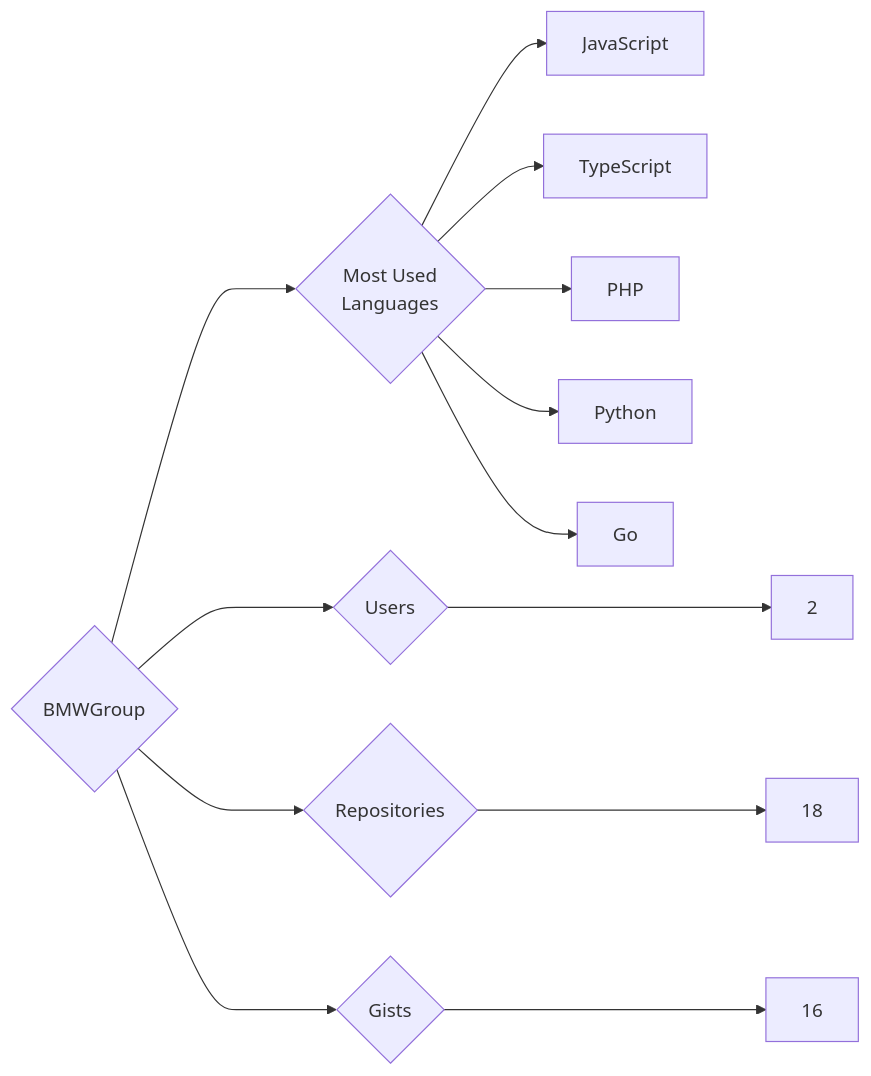
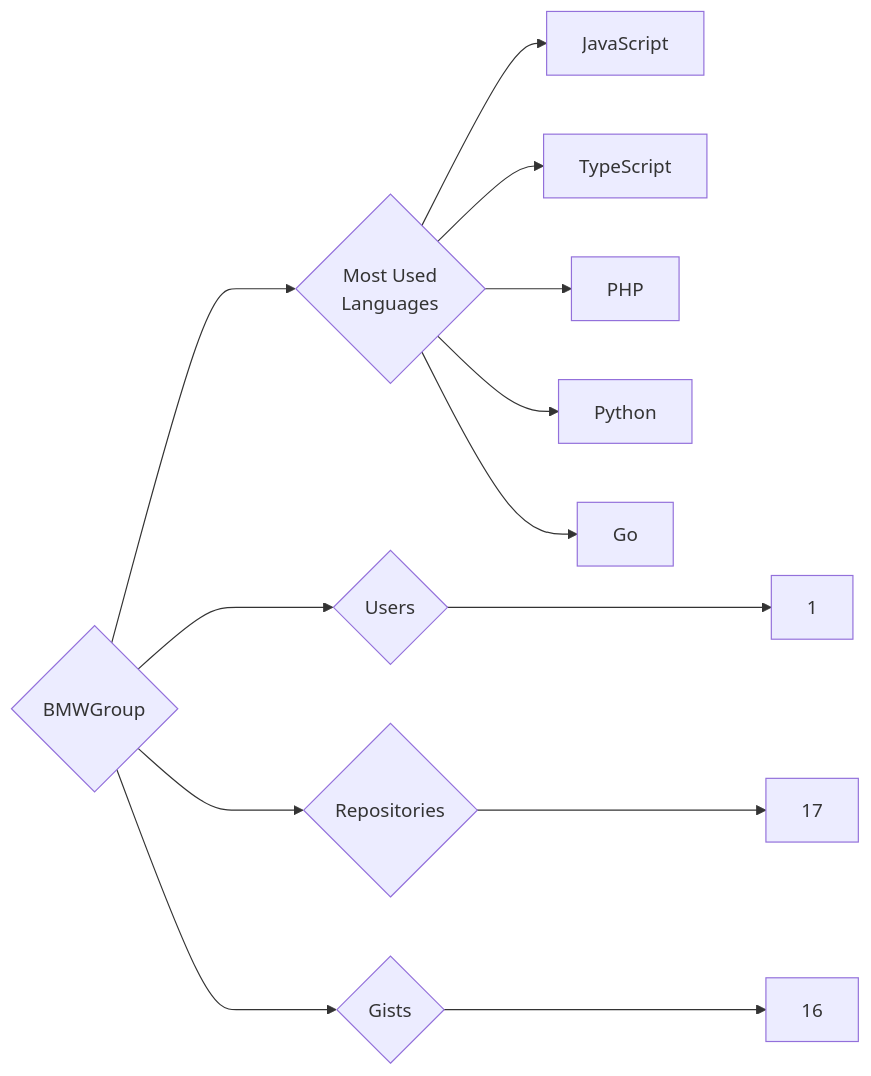
The diagram in targets/BMWGroup/README.md (trickest/insiders), drawn with Mermaid before and after one commit. The commit also changed 1036 other files, not shown here.

````diff
--- a/targets/BMWGroup/README.md
+++ b/targets/BMWGroup/README.md
@@ -3,13 +3,13 @@
 ```mermaid
 graph LR
 COMPANY_NAME{BMWGroup}
-COMPANY_NAME ---> U{Users} ---> UN[2]
-COMPANY_NAME ---> R{Repositories} ---> RN[18]
+COMPANY_NAME ---> U{Users} ---> UN[1]
+COMPANY_NAME ---> R{Repositories} ---> RN[17]
 COMPANY_NAME ---> G{Gists} ---> GN[16]
 COMPANY_NAME ---> ML{Most Used<br>Languages}
 ML --> JavaScript[JavaScript]
 ML --> TypeScript[TypeScript]
 ML --> PHP[PHP]
 ML --> Python[Python]
 ML --> Go[Go]
 ```
````
